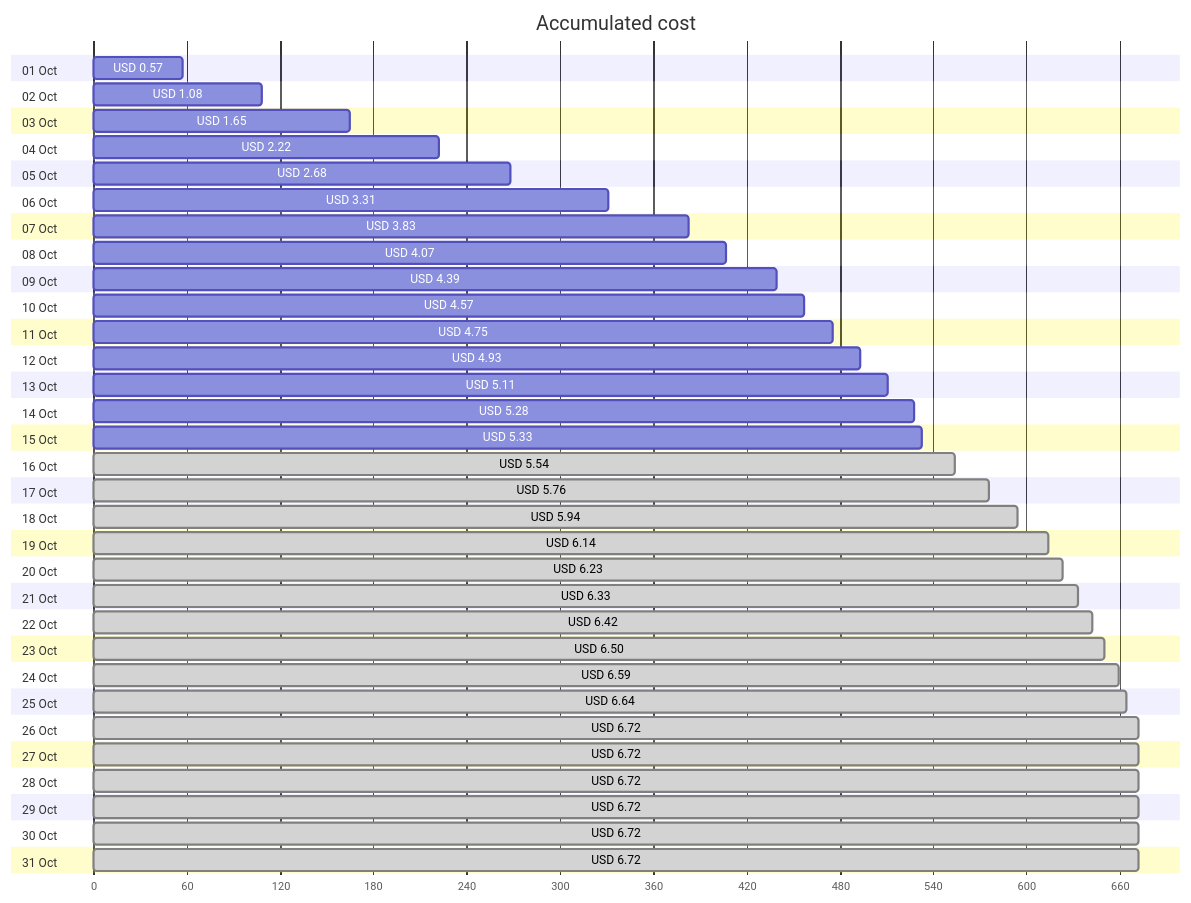
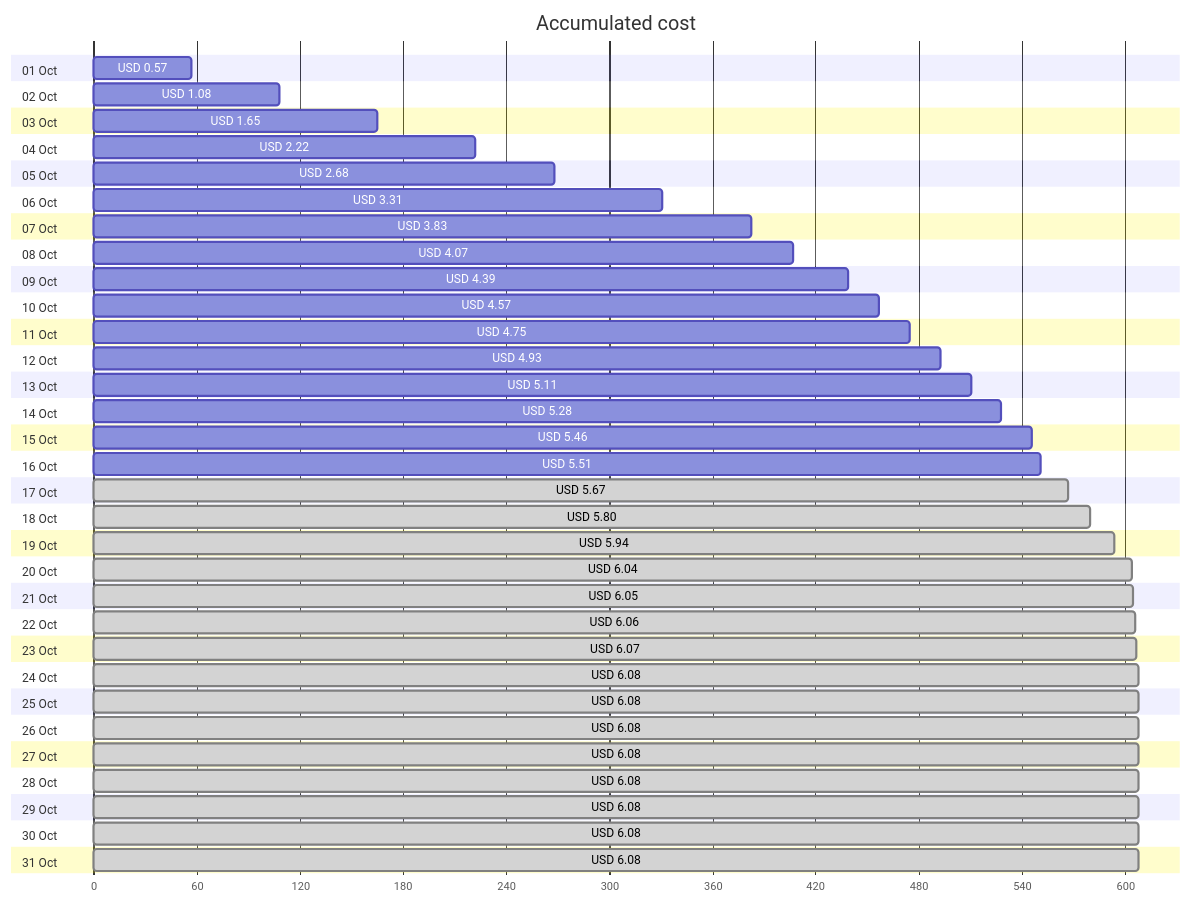
Before and after one commit to jpfulton/azure-personal-reports: the first of 4 diagrams in cost-reports/personal-network/vpn-server.md, drawn with Mermaid. The commit also changed other lines of this file and 8 other files, not shown here.

````diff
--- a/cost-reports/personal-network/vpn-server.md
+++ b/cost-reports/personal-network/vpn-server.md
@@ -20,68 +20,68 @@
 ```mermaid
 gantt
    title Accumulated cost
    dateFormat  X
    axisFormat %s
    section 01 Oct
    USD 0.57 :0, 57
    section 02 Oct
    USD 1.08 :0, 108
    section 03 Oct
    USD 1.65 :0, 165
    section 04 Oct
    USD 2.22 :0, 222
    section 05 Oct
    USD 2.68 :0, 268
    section 06 Oct
    USD 3.31 :0, 331
    section 07 Oct
    USD 3.83 :0, 383
    section 08 Oct
    USD 4.07 :0, 407
    section 09 Oct
    USD 4.39 :0, 439
    section 10 Oct
    USD 4.57 :0, 457
    section 11 Oct
    USD 4.75 :0, 475
    section 12 Oct
    USD 4.93 :0, 493
    section 13 Oct
    USD 5.11 :0, 511
    section 14 Oct
    USD 5.28 :0, 528
    section 15 Oct
-   USD 5.33 :0, 533
+   USD 5.46 :0, 546
    section 16 Oct
-   USD 5.54 : done, 0, 554
+   USD 5.51 :0, 551
    section 17 Oct
-   USD 5.76 : done, 0, 576
+   USD 5.67 : done, 0, 567
    section 18 Oct
+   USD 5.80 : done, 0, 580
+   section 19 Oct
    USD 5.94 : done, 0, 594
-   section 19 Oct
-   USD 6.14 : done, 0, 614
    section 20 Oct
-   USD 6.23 : done, 0, 623
+   USD 6.04 : done, 0, 604
    section 21 Oct
-   USD 6.33 : done, 0, 633
+   USD 6.05 : done, 0, 605
    section 22 Oct
-   USD 6.42 : done, 0, 642
+   USD 6.06 : done, 0, 606
    section 23 Oct
-   USD 6.50 : done, 0, 650
+   USD 6.07 : done, 0, 607
    section 24 Oct
-   USD 6.59 : done, 0, 659
+   USD 6.08 : done, 0, 608
    section 25 Oct
-   USD 6.64 : done, 0, 664
+   USD 6.08 : done, 0, 608
    section 26 Oct
-   USD 6.72 : done, 0, 672
+   USD 6.08 : done, 0, 608
    section 27 Oct
-   USD 6.72 : done, 0, 672
+   USD 6.08 : done, 0, 608
    section 28 Oct
-   USD 6.72 : done, 0, 672
+   USD 6.08 : done, 0, 608
    section 29 Oct
-   USD 6.72 : done, 0, 672
+   USD 6.08 : done, 0, 608
    section 30 Oct
-   USD 6.72 : done, 0, 672
+   USD 6.08 : done, 0, 608
    section 31 Oct
-   USD 6.72 : done, 0, 672
+   USD 6.08 : done, 0, 608
 ```
````
